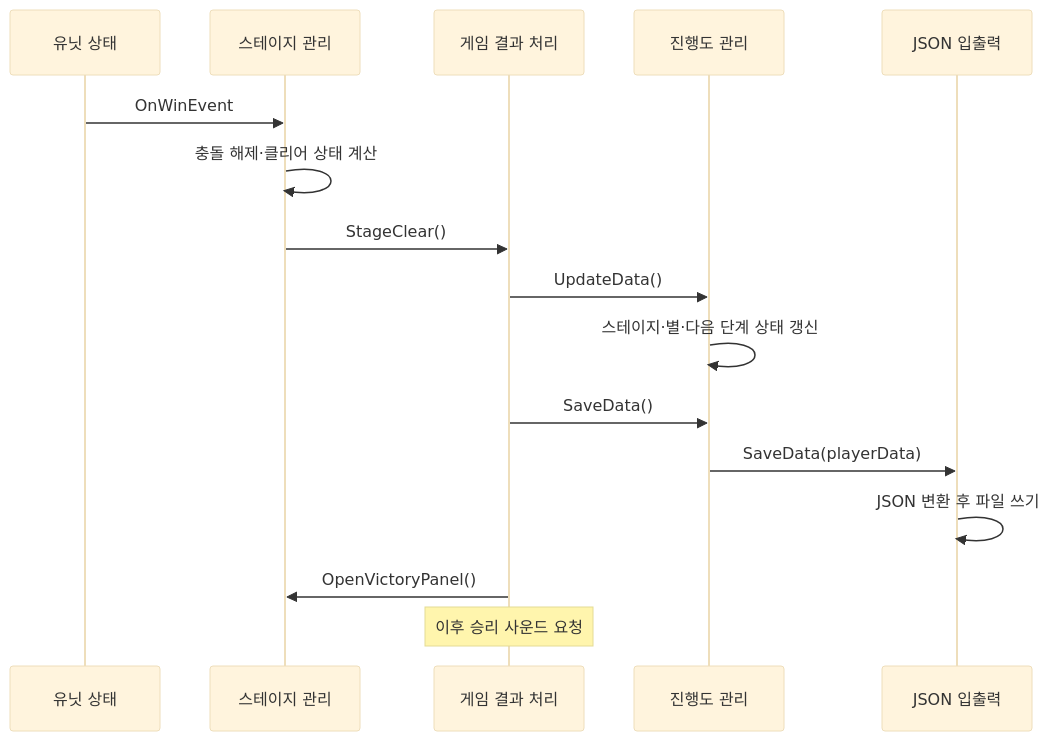
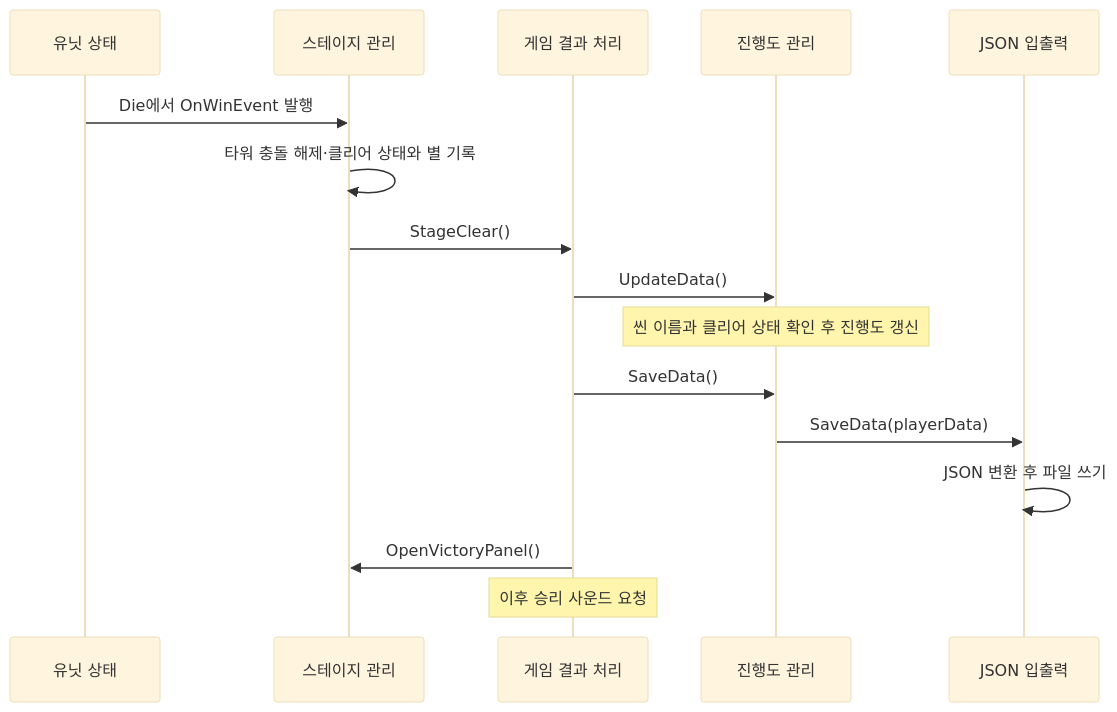
Before and after one commit to als79gur49/2024_2ndSemester_finalTest_5team-code-portfolio: the second of 2 diagrams in README.md, drawn with Mermaid (base theme). The commit also changed other lines of this file, not shown here.

Commit message:
docs: clarify unit combat flow and reorder portfolio README

````diff
--- a/README.md
+++ b/README.md
@@ -88,18 +65,18 @@
 ```mermaid
 sequenceDiagram
     participant U as 유닛 상태
     participant S as 스테이지 관리
     participant G as 게임 결과 처리
     participant D as 진행도 관리
     participant J as JSON 입출력
-    U->>S: OnWinEvent
-    S->>S: 충돌 해제·클리어 상태 계산
+    U->>S: Die에서 OnWinEvent 발행
+    S->>S: 타워 충돌 해제·클리어 상태와 별 기록
     S->>G: StageClear()
     G->>D: UpdateData()
-    D->>D: 스테이지·별·다음 단계 상태 갱신
+    Note over D: 씬 이름과 클리어 상태 확인 후 진행도 갱신
     G->>D: SaveData()
     D->>J: SaveData(playerData)
     J->>J: JSON 변환 후 파일 쓰기
     G->>S: OpenVictoryPanel()
     Note over G: 이후 승리 사운드 요청
 ```
````
